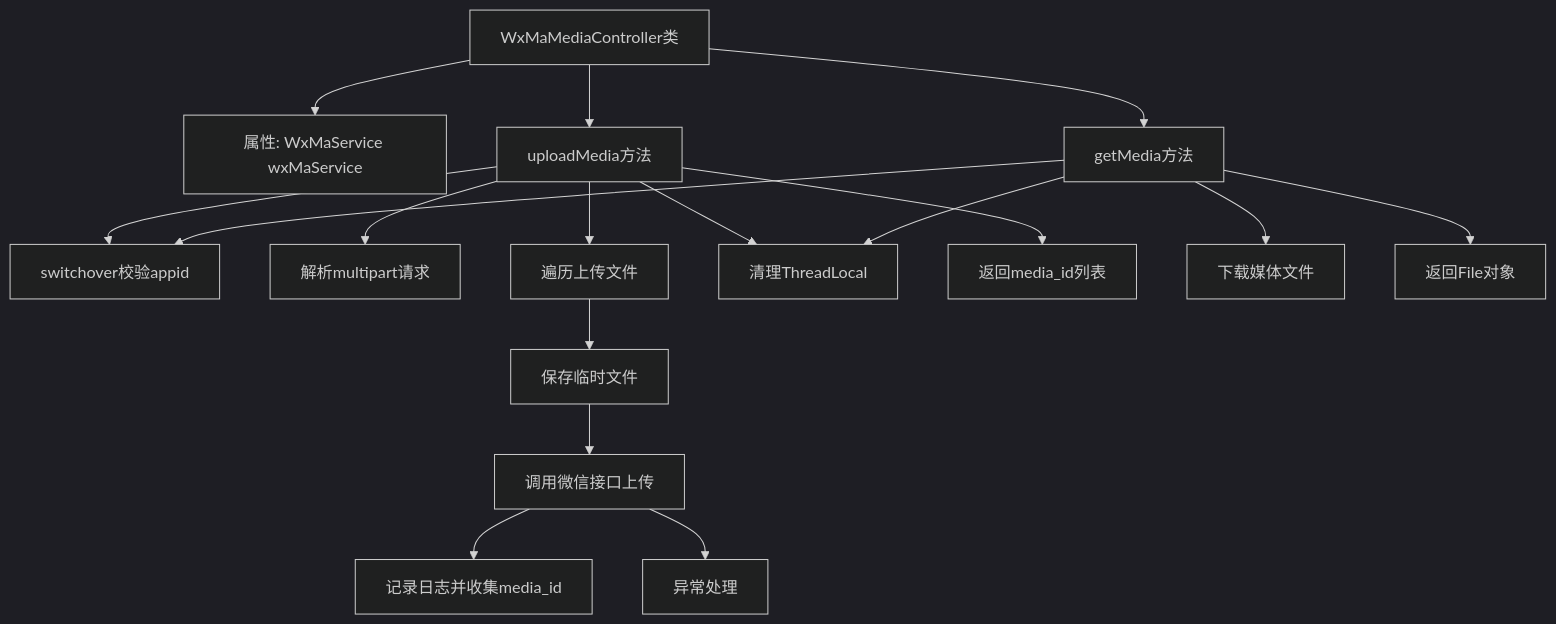
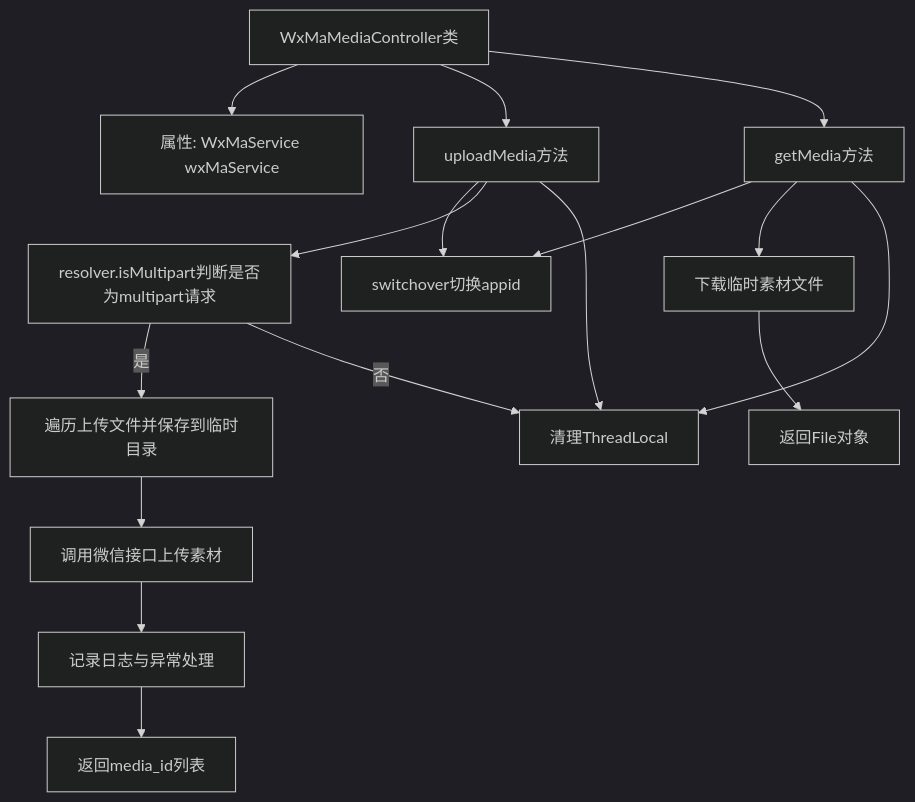
The second of 2 diagrams in docs/zh/docs/src/main/java/com/github/binarywang/demo/wx/miniapp/controller/WxMaMediaController.md (v-wjrong/binary_weixin-java-miniapp-demo), drawn with Mermaid (dark theme) before and after one commit. The commit also changed other lines of this file and 47 other files, not shown here.

````diff
--- a/docs/zh/docs/src/main/java/com/github/binarywang/demo/wx/miniapp/controller/WxMaMediaController.md
+++ b/docs/zh/docs/src/main/java/com/github/binarywang/demo/wx/miniapp/controller/WxMaMediaController.md
@@ -139,35 +120,32 @@
 ```mermaid
 graph TD
     A["WxMaMediaController类"]
     B["属性: WxMaService wxMaService"]
     C["uploadMedia方法"]
     D["getMedia方法"]
-    E["switchover校验appid"]
-    F["解析multipart请求"]
-    G["遍历上传文件"]
-    H["保存临时文件"]
-    I["调用微信接口上传"]
-    J["记录日志并收集media_id"]
-    K["异常处理"]
-    L["清理ThreadLocal"]
-    M["返回media_id列表"]
-    N["下载媒体文件"]
-    O["返回File对象"]
+    E["switchover切换appid"]
+    F["resolver.isMultipart判断是否为multipart请求"]
+    G["遍历上传文件并保存到临时目录"]
+    H["调用微信接口上传素材"]
+    I["记录日志与异常处理"]
+    J["返回media_id列表"]
+    K["下载临时素材文件"]
+    L["返回File对象"]
+    M["清理ThreadLocal"]
 
     A --> B
     A --> C
     A --> D
     C --> E
     C --> F
-    C --> G
+    F -- 是 --> G
     G --> H
     H --> I
     I --> J
-    I --> K
-    C --> L
+    F -- 否 --> M
     C --> M
     D --> E
-    D --> N
-    D --> L
-    D --> O
+    D --> K
+    K --> L
+    D --> M
 ```
````
